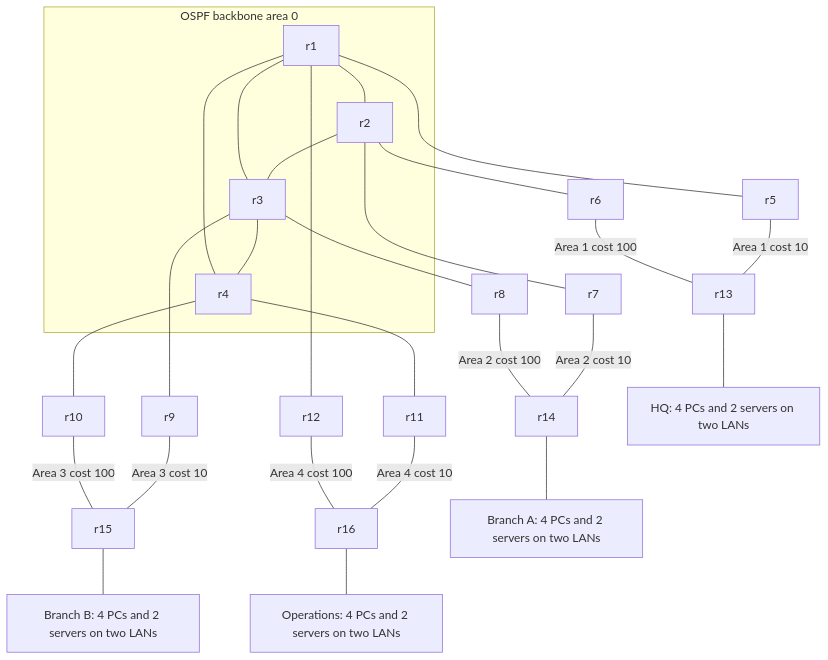
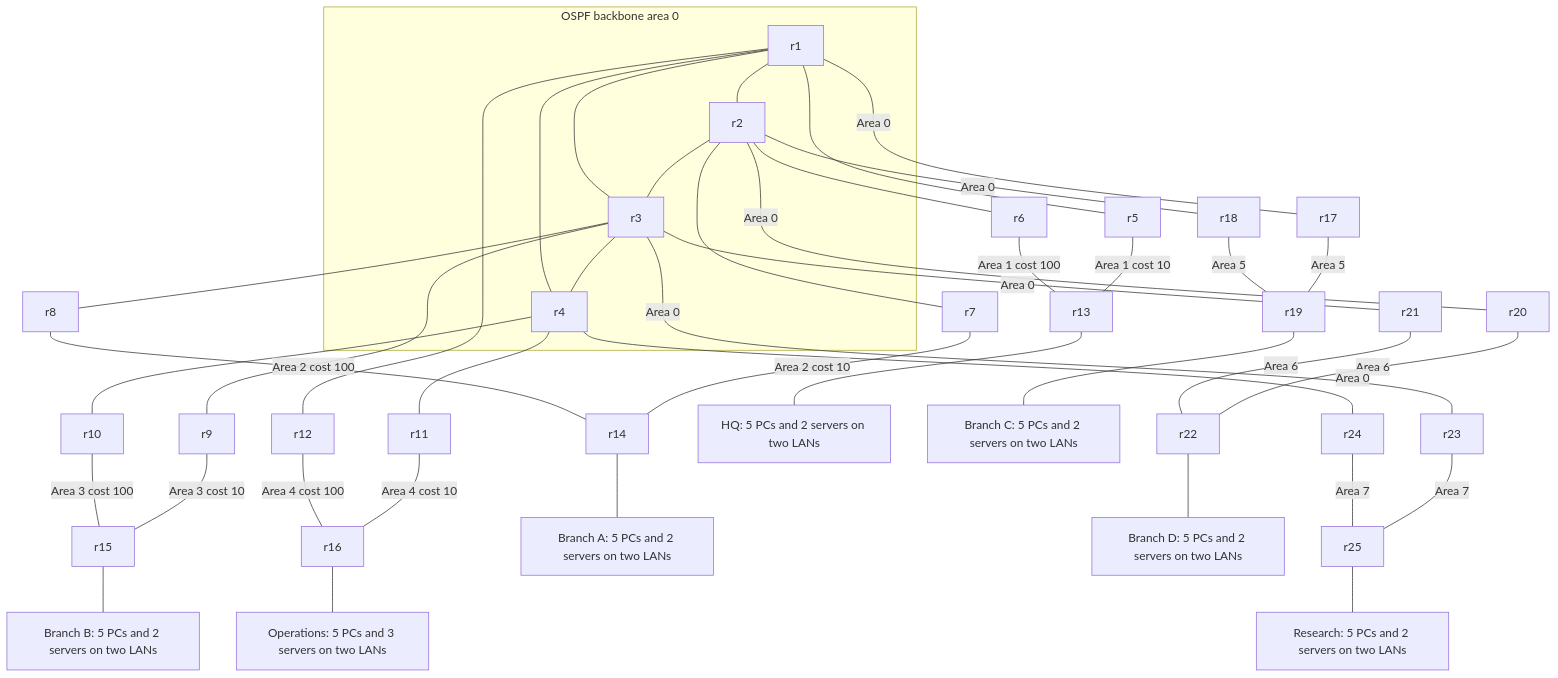
One commit to HusseinP-real/Building-Network-Troubleshooting-Environments-for-Evaluating-AI-Based-Network-Agents changed the diagram in FaulT-Bench/docs/p20-enterprise/README.md. Above: the diagram before and after it, drawn with Mermaid. The commit also changed other lines of this file and 70 other files, not shown here.

````diff
--- a/FaulT-Bench/docs/p20-enterprise/README.md
+++ b/FaulT-Bench/docs/p20-enterprise/README.md
@@ -42,30 +45,45 @@
 ```mermaid
 flowchart TB
   subgraph Backbone[OSPF backbone area 0]
     r1 --- r2
     r2 --- r3
     r3 --- r4
     r4 --- r1
     r1 --- r3
   end
   r1 --- r5
   r2 --- r6
   r2 --- r7
   r3 --- r8
   r3 --- r9
   r4 --- r10
   r4 --- r11
   r1 --- r12
   r5 ---|Area 1 cost 10| r13
   r6 ---|Area 1 cost 100| r13
   r7 ---|Area 2 cost 10| r14
   r8 ---|Area 2 cost 100| r14
   r9 ---|Area 3 cost 10| r15
   r10 ---|Area 3 cost 100| r15
   r11 ---|Area 4 cost 10| r16
   r12 ---|Area 4 cost 100| r16
-  r13 --- H[HQ: 4 PCs and 2 servers on two LANs]
-  r14 --- A[Branch A: 4 PCs and 2 servers on two LANs]
-  r15 --- B[Branch B: 4 PCs and 2 servers on two LANs]
-  r16 --- O[Operations: 4 PCs and 2 servers on two LANs]
+  r13 --- H[HQ: 5 PCs and 2 servers on two LANs]
+  r14 --- A[Branch A: 5 PCs and 2 servers on two LANs]
+  r15 --- B[Branch B: 5 PCs and 2 servers on two LANs]
+  r16 --- O[Operations: 5 PCs and 3 servers on two LANs]
+  r1 ---|Area 0| r17
+  r2 ---|Area 0| r18
+  r17 ---|Area 5| r19
+  r18 ---|Area 5| r19
+  r19 --- S5[Branch C: 5 PCs and 2 servers on two LANs]
+  r2 ---|Area 0| r20
+  r3 ---|Area 0| r21
+  r20 ---|Area 6| r22
+  r21 ---|Area 6| r22
+  r22 --- S6[Branch D: 5 PCs and 2 servers on two LANs]
+  r3 ---|Area 0| r23
+  r4 ---|Area 0| r24
+  r23 ---|Area 7| r25
+  r24 ---|Area 7| r25
+  r25 --- S7[Research: 5 PCs and 2 servers on two LANs]
 ```
````
